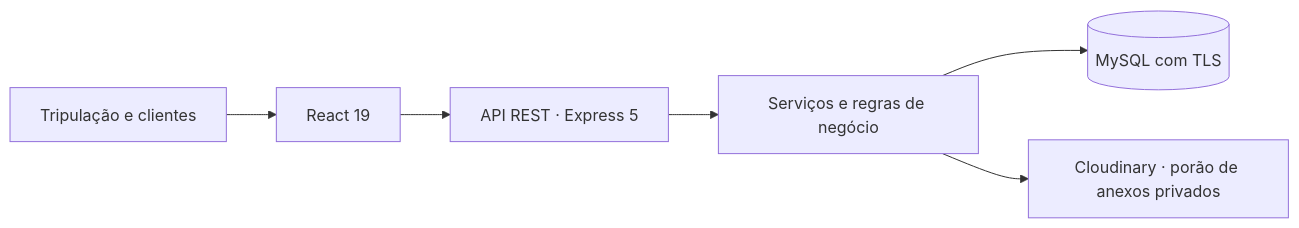
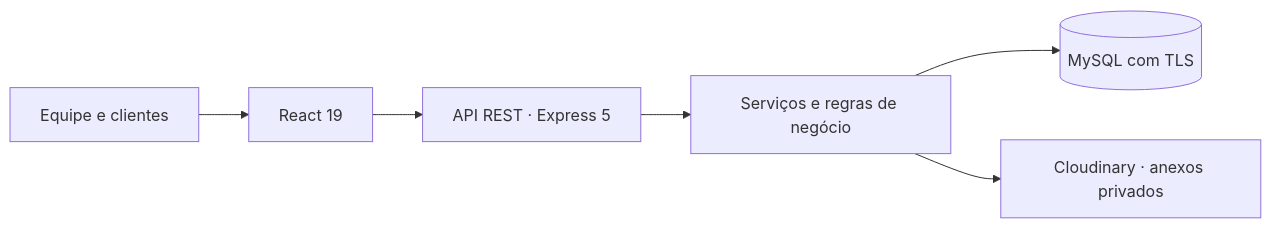
Before and after one commit to ronaelmoura/ronaelmoura: the diagram in README.md, drawn with Mermaid. The commit also changed other lines of this file, not shown here.

````diff
--- a/README.md
+++ b/README.md
@@ -94,8 +95,8 @@
 ```mermaid
 flowchart LR
-  U["Tripulação e clientes"] --> F["React 19"]
+  U["Equipe e clientes"] --> F["React 19"]
   F --> A["API REST · Express 5"]
   A --> S["Serviços e regras de negócio"]
   S --> D[("MySQL com TLS")]
-  S --> C["Cloudinary · porão de anexos privados"]
+  S --> C["Cloudinary · anexos privados"]
 ```
````
